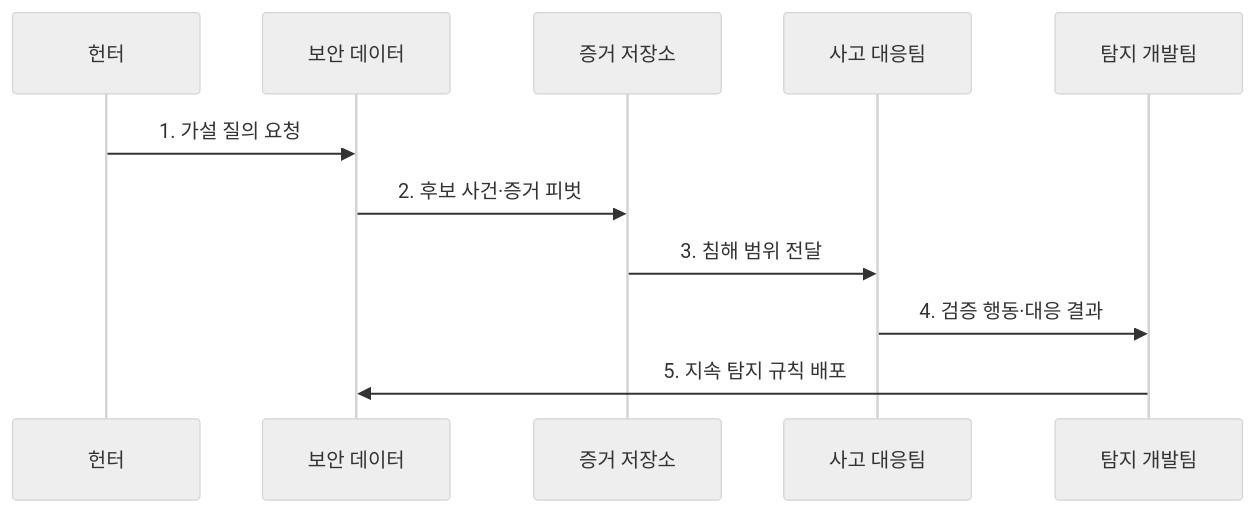
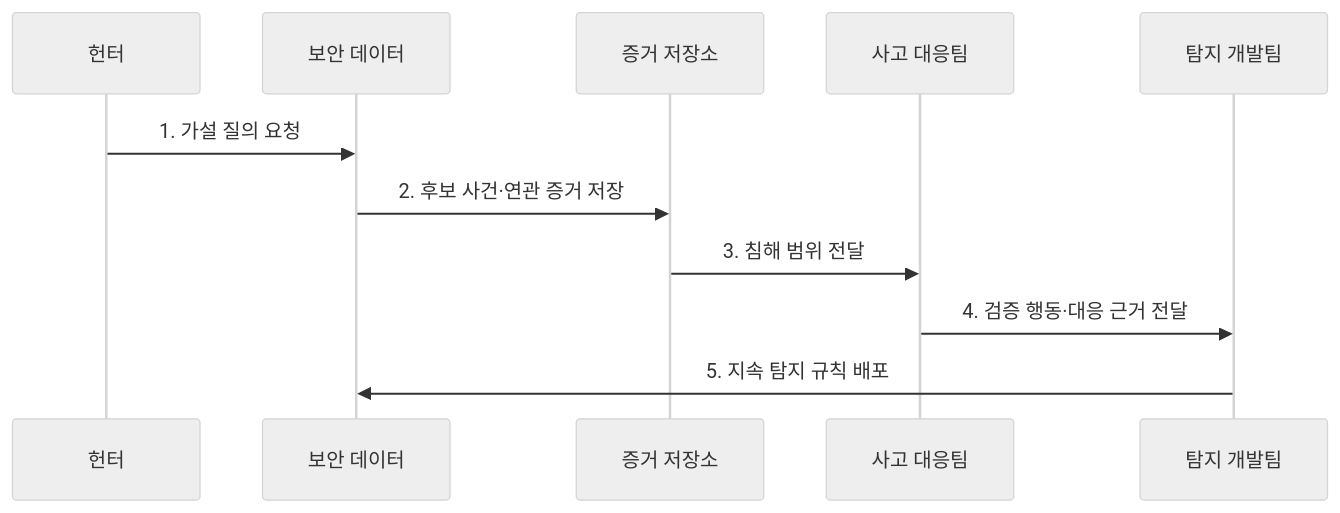
Before and after one commit to agnusdei1207/knowledge-base: the second of 2 diagrams in src/content/docs/notes/05-security/030_threat_hunting.md, drawn with Mermaid (neutral theme). The commit also changed other lines of this file and 20 other files, not shown here.

````diff
--- a/src/content/docs/notes/05-security/030_threat_hunting.md
+++ b/src/content/docs/notes/05-security/030_threat_hunting.md
@@ -87,13 +87,13 @@
 ```mermaid
 sequenceDiagram
     participant H as 헌터
     participant D as 보안 데이터
     participant E as 증거 저장소
     participant I as 사고 대응팀
     participant A as 탐지 개발팀
     H->>D: 1. 가설 질의 요청
-    D->>E: 2. 후보 사건·증거 피벗
+    D->>E: 2. 후보 사건·연관 증거 저장
     E->>I: 3. 침해 범위 전달
-    I->>A: 4. 검증 행동·대응 결과
+    I->>A: 4. 검증 행동·대응 근거 전달
     A->>D: 5. 지속 탐지 규칙 배포
 ```
````
